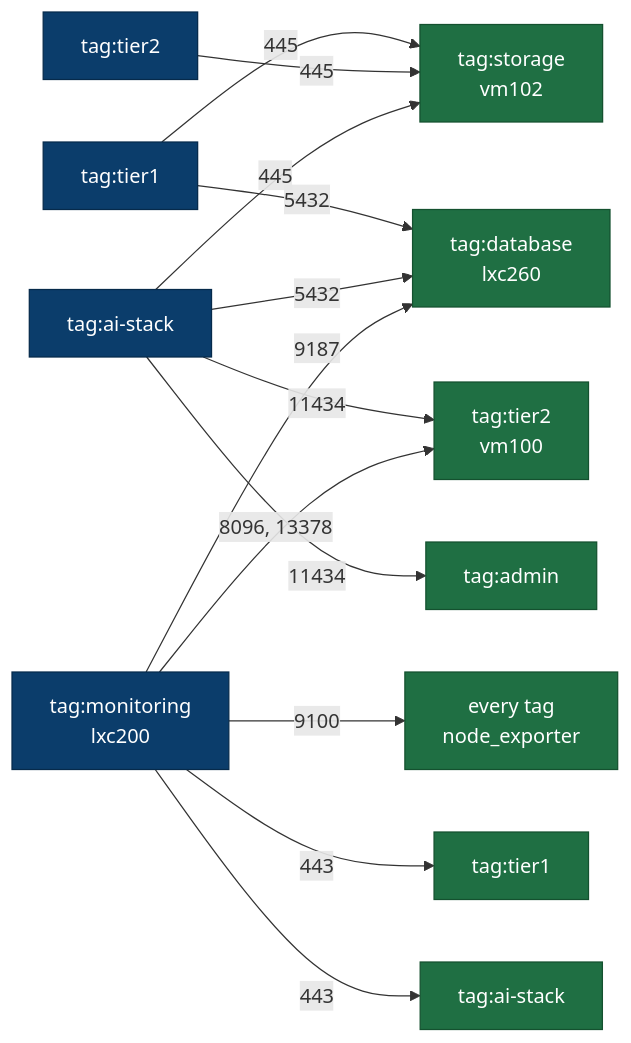
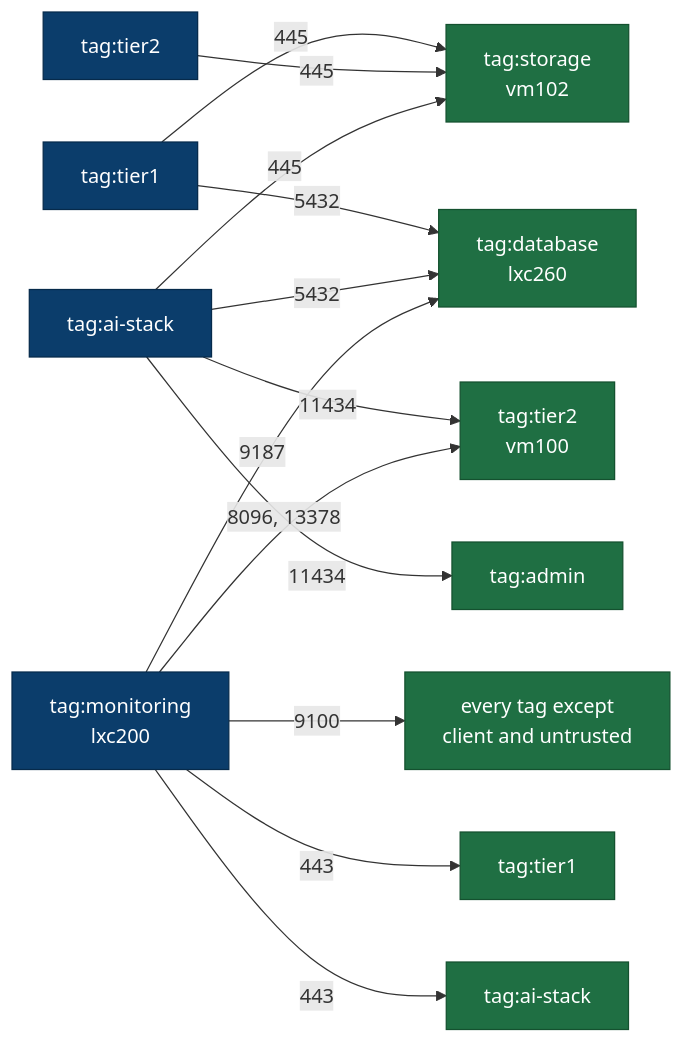
One commit to sohanreddyk/homelab-server-architecture changed the second of 4 diagrams in docs/architecture/diagram.md. Above: the diagram before and after it, drawn with Mermaid. The commit also changed other lines of this file and 3 other files, not shown here.

````diff
--- a/docs/architecture/diagram.md
+++ b/docs/architecture/diagram.md
@@ -81,37 +81,37 @@
 ```mermaid
 flowchart LR
   accTitle: Tailscale ACL - service-to-service and monitoring rules
   accDescr: Service tags and the monitoring tag on the left with the ports they may reach on storage, database, media and operator tags.
 
   T1_S["tag:tier1"]
   T2_S["tag:tier2"]
   AI_S["tag:ai-stack"]
   MON_S["tag:monitoring<br/>lxc200"]
 
   ST_D["tag:storage<br/>vm102"]
   DB_D["tag:database<br/>lxc260"]
   T2_D["tag:tier2<br/>vm100"]
   ADMIN_D["tag:admin"]
   T1_D["tag:tier1"]
   AI_D["tag:ai-stack"]
-  EVERY["every tag<br/>node_exporter"]
+  EVERY["every tag except<br/>client and untrusted"]
 
   T1_S -->|"445"| ST_D
   T1_S -->|"5432"| DB_D
   T2_S -->|"445"| ST_D
   AI_S -->|"445"| ST_D
   AI_S -->|"5432"| DB_D
   AI_S -->|"11434"| T2_D
   AI_S -->|"11434"| ADMIN_D
 
   MON_S -->|"9100"| EVERY
   MON_S -->|"9187"| DB_D
   MON_S -->|"443"| T1_D
   MON_S -->|"443"| AI_D
   MON_S -->|"8096, 13378"| T2_D
 
   classDef src fill:#0b3d6b,stroke:#062a4b,color:#ffffff
   classDef dst fill:#1f6f43,stroke:#14512f,color:#ffffff
   class T1_S,T2_S,AI_S,MON_S src
   class ST_D,DB_D,T2_D,ADMIN_D,T1_D,AI_D,EVERY dst
 ```
````
